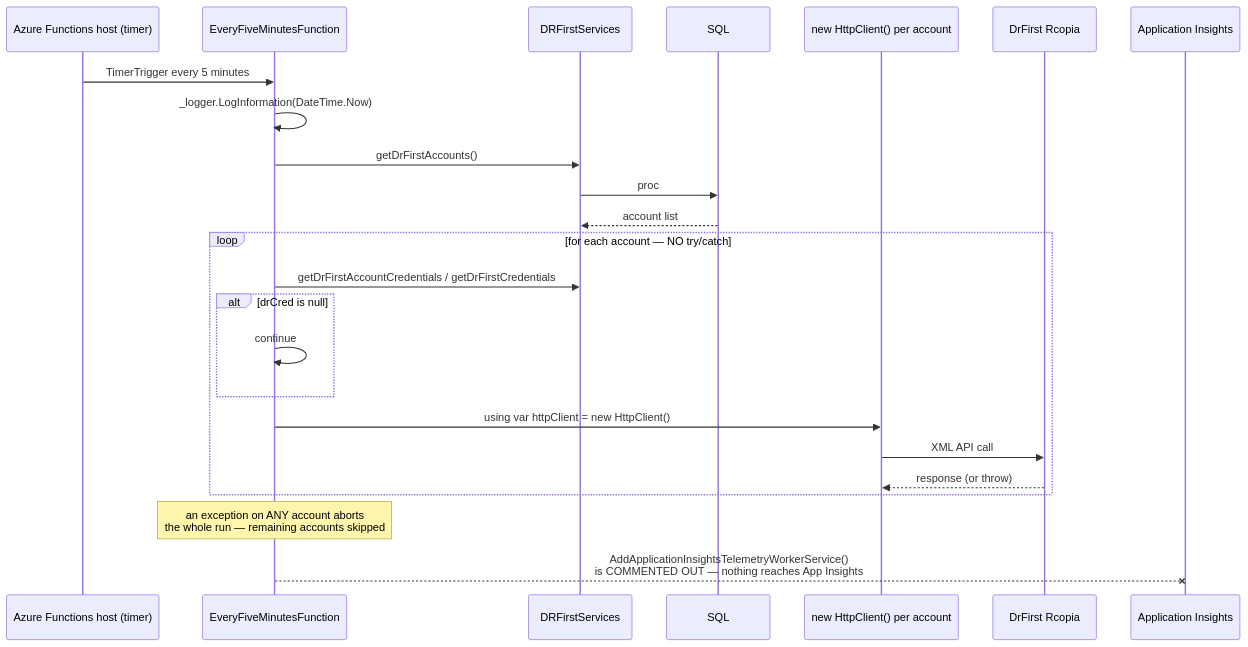
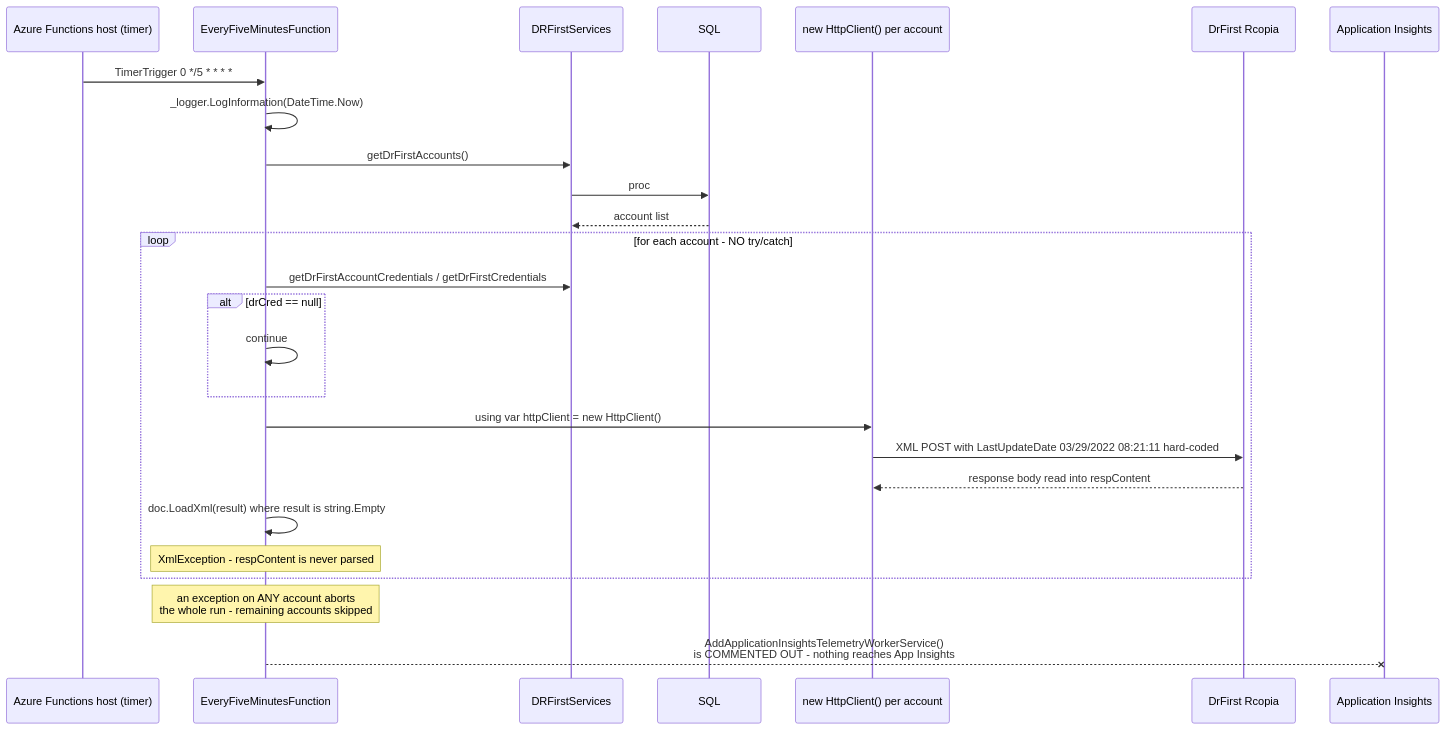
Before and after one commit to hemsingh-3PG/sai-systems-AIRE: the first of 5 diagrams in docs/architecture-diagrams/08-background-processing-deep-dive-diagrams.md, drawn with Mermaid. The commit also changed other lines of this file and 285 other files, not shown here.

````diff
--- a/docs/architecture-diagrams/08-background-processing-deep-dive-diagrams.md
+++ b/docs/architecture-diagrams/08-background-processing-deep-dive-diagrams.md
@@ -14,27 +13,29 @@
 ```mermaid
 sequenceDiagram
   participant T as Azure Functions host (timer)
   participant F as EveryFiveMinutesFunction
   participant S as DRFirstServices
   participant DB as SQL
   participant HC as new HttpClient() per account
   participant DF as DrFirst Rcopia
   participant AI as Application Insights
 
-  T->>F: TimerTrigger every 5 minutes
+  T->>F: TimerTrigger 0 */5 * * * *
   F->>F: _logger.LogInformation(DateTime.Now)
   F->>S: getDrFirstAccounts()
   S->>DB: proc
   DB-->>S: account list
-  loop for each account — NO try/catch
+  loop for each account - NO try/catch
     F->>S: getDrFirstAccountCredentials / getDrFirstCredentials
-    alt drCred is null
+    alt drCred == null
       F->>F: continue
     end
     F->>HC: using var httpClient = new HttpClient()
-    HC->>DF: XML API call
-    DF-->>HC: response (or throw)
+    HC->>DF: XML POST with LastUpdateDate 03/29/2022 08:21:11 hard-coded
+    DF-->>HC: response body read into respContent
+    F->>F: doc.LoadXml(result) where result is string.Empty
+    Note over F: XmlException - respContent is never parsed
   end
-  Note over F: an exception on ANY account aborts<br/>the whole run — remaining accounts skipped
-  F--xAI: AddApplicationInsightsTelemetryWorkerService()<br/>is COMMENTED OUT — nothing reaches App Insights
+  Note over F: an exception on ANY account aborts<br/>the whole run - remaining accounts skipped
+  F--xAI: AddApplicationInsightsTelemetryWorkerService()<br/>is COMMENTED OUT - nothing reaches App Insights
 ```
````
